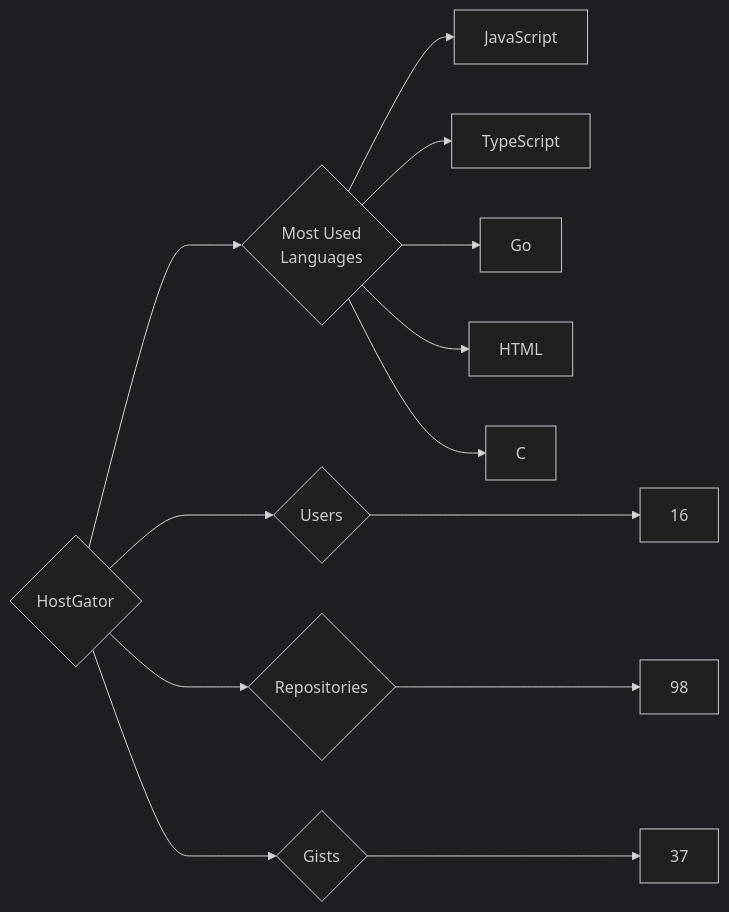
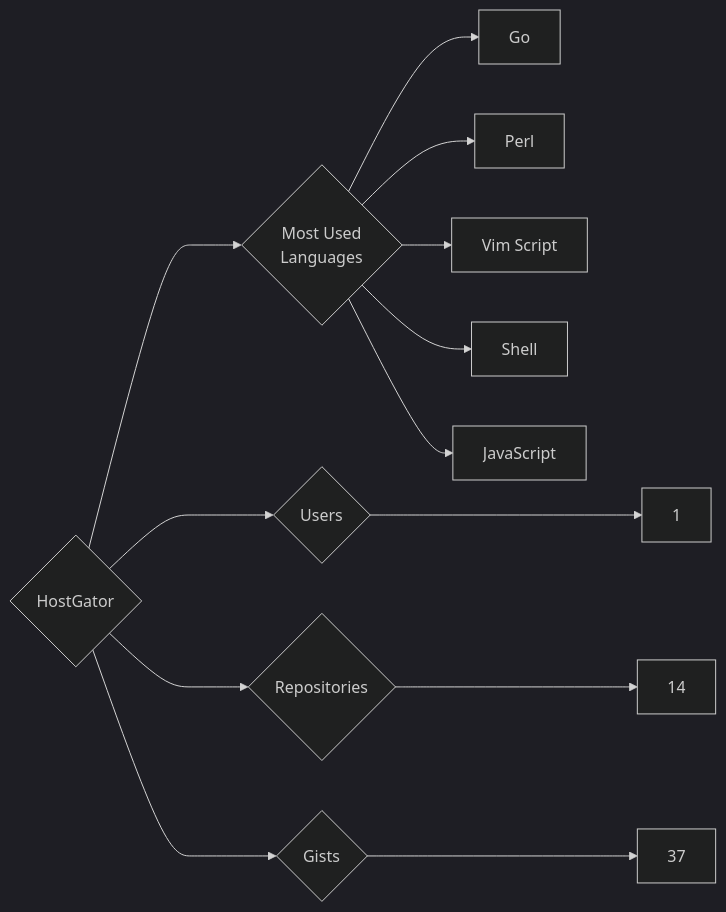
Before and after one commit to trickest/insiders: the diagram in targets/HostGator/README.md, drawn with Mermaid (dark theme). The commit also changed 657 other files, not shown here.

````diff
--- a/targets/HostGator/README.md
+++ b/targets/HostGator/README.md
@@ -3,13 +3,13 @@
 ```mermaid
 graph LR
 COMPANY_NAME{HostGator}
-COMPANY_NAME ---> U{Users} ---> UN[16]
-COMPANY_NAME ---> R{Repositories} ---> RN[98]
+COMPANY_NAME ---> U{Users} ---> UN[1]
+COMPANY_NAME ---> R{Repositories} ---> RN[14]
 COMPANY_NAME ---> G{Gists} ---> GN[37]
 COMPANY_NAME ---> ML{Most Used<br>Languages}
+ML --> Go[Go]
+ML --> Perl[Perl]
+ML --> Vim_Script[Vim Script]
+ML --> Shell[Shell]
 ML --> JavaScript[JavaScript]
-ML --> TypeScript[TypeScript]
-ML --> Go[Go]
-ML --> HTML[HTML]
-ML --> C[C]
 ```
````
